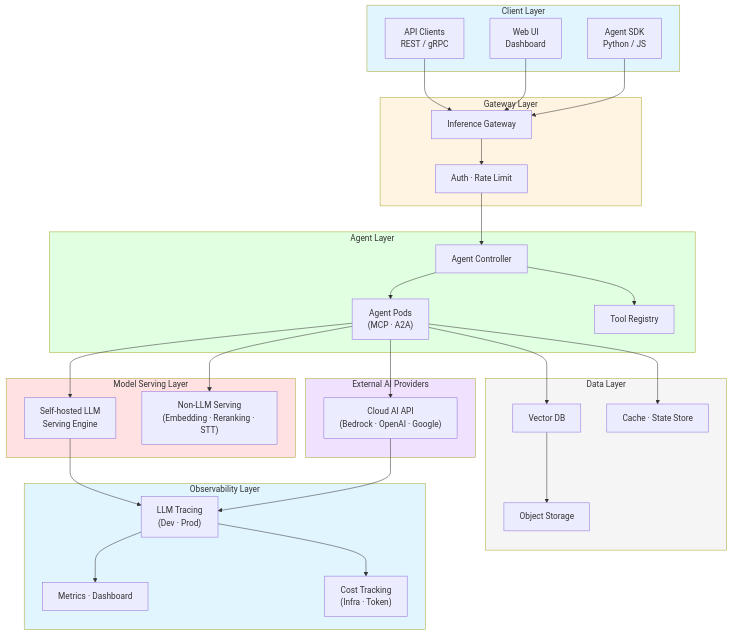
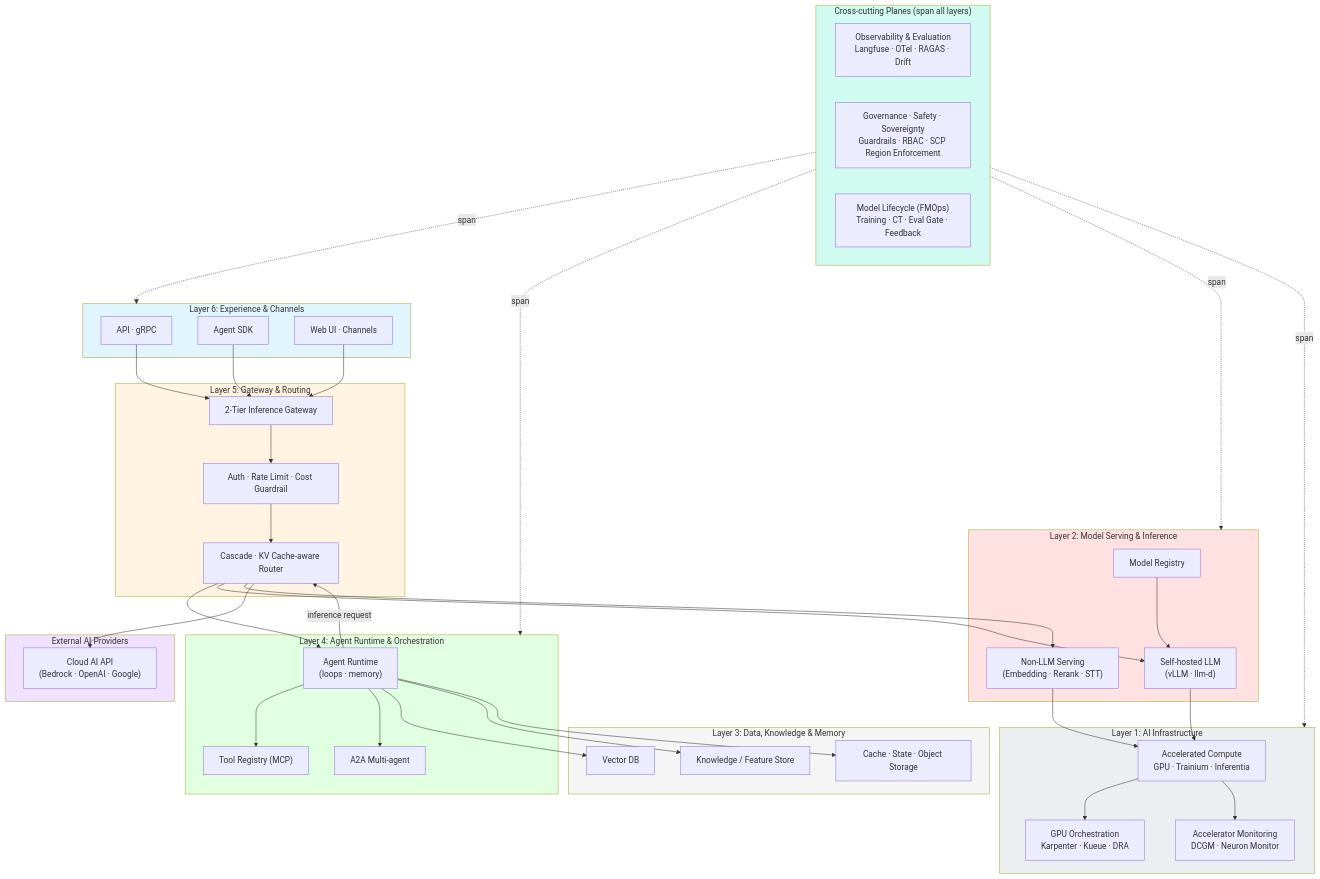
The first of 10 diagrams in i18n/en/docusaurus-plugin-content-docs/current/agentic-ai-platform/design-architecture/foundations/agentic-platform-architecture.md (devfloor9/engineering-playbook), drawn with Mermaid before and after one commit. The commit also changed other lines of this file and 24 other files, not shown here.

````diff
--- a/i18n/en/docusaurus-plugin-content-docs/current/agentic-ai-platform/design-architecture/foundations/agentic-platform-architecture.md
+++ b/i18n/en/docusaurus-plugin-content-docs/current/agentic-ai-platform/design-architecture/foundations/agentic-platform-architecture.md
@@ -36,63 +50,80 @@
 ```mermaid
 flowchart TD
-    subgraph ClientLayer["Client Layer"]
-        CLIENT["API Clients<br/>REST / gRPC"]
-        UI["Web UI<br/>Dashboard"]
-        SDK["Agent SDK<br/>Python / JS"]
+    subgraph Planes["Cross-cutting Planes (span all layers)"]
+        OBS["Observability & Evaluation<br/>Langfuse · OTel · RAGAS · Drift"]
+        GOV["Governance · Safety · Sovereignty<br/>Guardrails · RBAC · SCP Region Enforcement"]
+        FMOPS["Model Lifecycle (FMOps)<br/>Training · CT · Eval Gate · Feedback"]
     end
 
-    subgraph GatewayLayer["Gateway Layer"]
-        IGW["Inference Gateway"]
-        AUTH["Auth · Rate Limit"]
+    subgraph L6["Layer 6: Experience & Channels"]
+        CLIENT["API · gRPC"]
+        SDK["Agent SDK"]
+        UI["Web UI · Channels"]
     end
 
-    subgraph AgentLayer["Agent Layer"]
-        CTRL["Agent Controller"]
-        AGENT["Agent Pods<br/>(MCP · A2A)"]
-        TOOLS["Tool Registry"]
+    subgraph L5["Layer 5: Gateway & Routing"]
+        IGW["2-Tier Inference Gateway"]
+        ROUTER["Cascade · KV Cache-aware Router"]
+        AUTH["Auth · Rate Limit · Cost Guardrail"]
     end
 
-    subgraph ModelLayer["Model Serving Layer"]
-        SELF_LLM["Self-hosted LLM<br/>Serving Engine"]
-        NONLLM["Non-LLM Serving<br/>(Embedding · Reranking · STT)"]
+    subgraph L4["Layer 4: Agent Runtime & Orchestration"]
+        AGENT["Agent Runtime<br/>(loops · memory)"]
+        TOOLS["Tool Registry (MCP)"]
+        A2A["A2A Multi-agent"]
+    end
+
+    subgraph L3["Layer 3: Data, Knowledge & Memory"]
+        VECTOR["Vector DB"]
+        KSTORE["Knowledge / Feature Store"]
+        STATE["Cache · State · Object Storage"]
+    end
+
+    subgraph L2["Layer 2: Model Serving & Inference"]
+        SELF_LLM["Self-hosted LLM<br/>(vLLM · llm-d)"]
+        NONLLM["Non-LLM Serving<br/>(Embedding · Rerank · STT)"]
+        REGISTRY["Model Registry"]
     end
 
     subgraph ExternalAI["External AI Providers"]
         PROVIDER1["Cloud AI API<br/>(Bedrock · OpenAI · Google)"]
     end
 
-    subgraph DataLayer["Data Layer"]
-        VECTOR["Vector DB"]
-        CACHE["Cache · State Store"]
-        STORAGE["Object Storage"]
+    subgraph L1["Layer 1: AI Infrastructure"]
+        ACCEL["Accelerated Compute<br/>GPU · Trainium · Inferentia"]
+        ORCH["GPU Orchestration<br/>Karpenter · Kueue · DRA"]
+        ACCELOBS["Accelerator Monitoring<br/>DCGM · Neuron Monitor"]
     end
 
-    subgraph ObsLayer["Observability Layer"]
-        TRACE["LLM Tracing<br/>(Dev · Prod)"]
-        METRICS["Metrics · Dashboard"]
-        COST["Cost Tracking<br/>(Infra · Token)"]
-    end
+    CLIENT & SDK & UI --> IGW
+    IGW --> AUTH --> ROUTER
+    ROUTER --> AGENT
+    AGENT --> TOOLS
+    AGENT --> A2A
+    AGENT --> VECTOR
+    AGENT --> KSTORE
+    AGENT --> STATE
+    AGENT -->|inference request| ROUTER
+    ROUTER --> SELF_LLM
+    ROUTER --> NONLLM
+    ROUTER --> PROVIDER1
+    SELF_LLM --> ACCEL
+    NONLLM --> ACCEL
+    ACCEL --> ORCH
+    ACCEL --> ACCELOBS
+    REGISTRY --> SELF_LLM
 
-    CLIENT & UI & SDK --> IGW
-    IGW --> AUTH --> CTRL
-    CTRL --> AGENT
-    CTRL --> TOOLS
-    AGENT --> SELF_LLM
-    AGENT --> NONLLM
-    AGENT --> PROVIDER1
-    AGENT --> VECTOR
-    AGENT --> CACHE
-    VECTOR --> STORAGE
-    SELF_LLM --> TRACE
-    PROVIDER1 --> TRACE
-    TRACE --> METRICS
-    TRACE --> COST
+    Planes -.->|span| L6
+    Planes -.->|span| L4
+    Planes -.->|span| L2
+    Planes -.->|span| L1
 
-    style ClientLayer fill:#e1f5ff
-    style GatewayLayer fill:#fff4e1
-    style AgentLayer fill:#e1ffe1
-    style ModelLayer fill:#ffe1e1
+    style Planes fill:#d1faf0
+    style L6 fill:#e1f5ff
+    style L5 fill:#fff4e1
+    style L4 fill:#e1ffe1
+    style L3 fill:#f5f5f5
+    style L2 fill:#ffe1e1
     style ExternalAI fill:#f0e1ff
-    style DataLayer fill:#f5f5f5
-    style ObsLayer fill:#e1f5ff
+    style L1 fill:#eceff1
 ```
````
